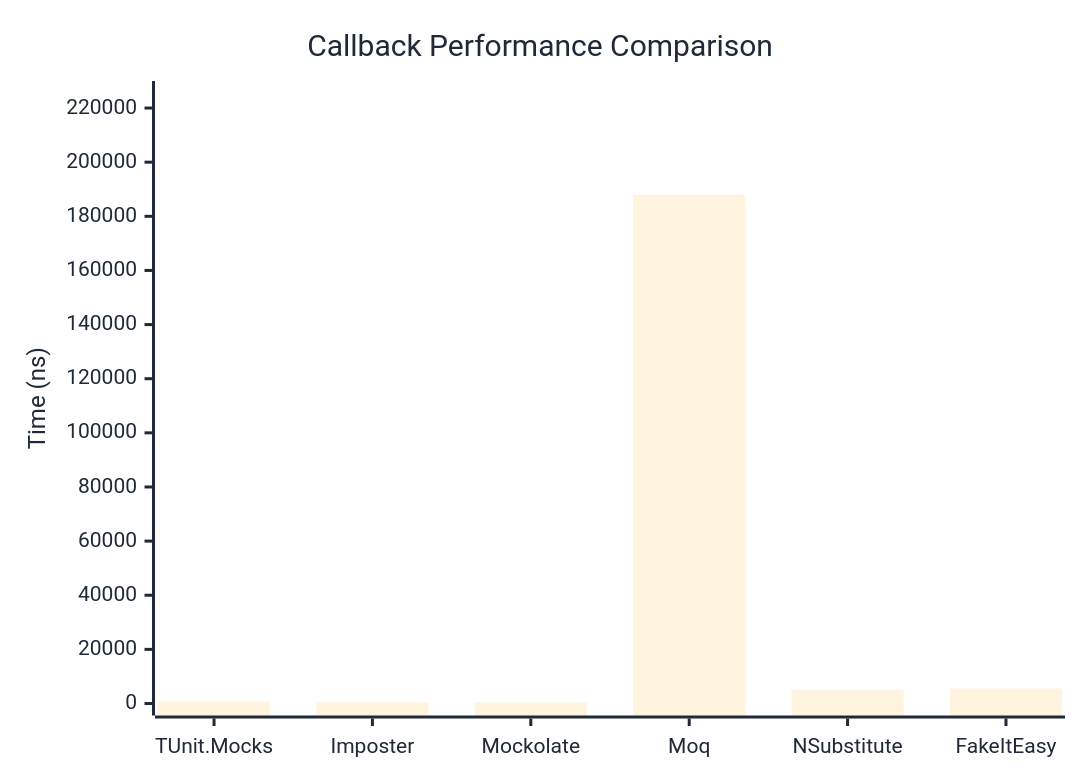
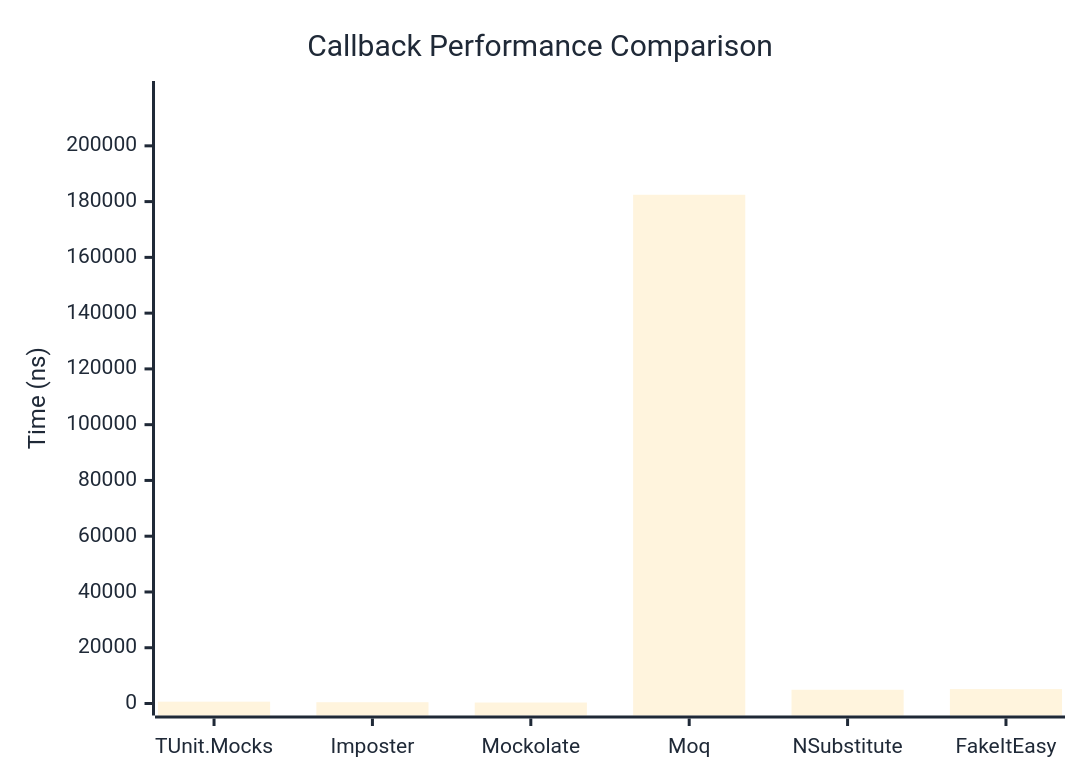
Before and after one commit to thomhurst/TUnit: the first of 2 diagrams in docs/docs/benchmarks/mocks/Callback.md, drawn with Mermaid. The commit also changed other lines of this file and 14 other files, not shown here.

````diff
--- a/docs/docs/benchmarks/mocks/Callback.md
+++ b/docs/docs/benchmarks/mocks/Callback.md
@@ -30,27 +30,27 @@
 ```mermaid
 %%{init: {
   'theme':'base',
   'themeVariables': {
     'primaryColor': '#2563eb',
     'primaryTextColor': '#1f2937',
     'primaryBorderColor': '#1e40af',
     'lineColor': '#6b7280',
     'secondaryColor': '#7c3aed',
     'tertiaryColor': '#dc2626',
     'background': '#ffffff',
     'pie1': '#2563eb',
     'pie2': '#7c3aed',
     'pie3': '#dc2626',
     'pie4': '#f59e0b',
     'pie5': '#10b981',
     'pie6': '#06b6d4',
     'pie7': '#ec4899',
     'pie8': '#6366f1'
   }
 }}%%
 xychart-beta
   title "Callback Performance Comparison"
   x-axis ["TUnit.Mocks", "Imposter", "Mockolate", "Moq", "NSubstitute", "FakeItEasy"]
-  y-axis "Time (ns)" 0 --> 225557
-  bar [720.9, 509.8, 378, 187963.7, 5122.6, 5510.6]
+  y-axis "Time (ns)" 0 --> 218952
+  bar [656.4, 457.6, 348, 182459.3, 4929.5, 5164.1]
 ```
````
